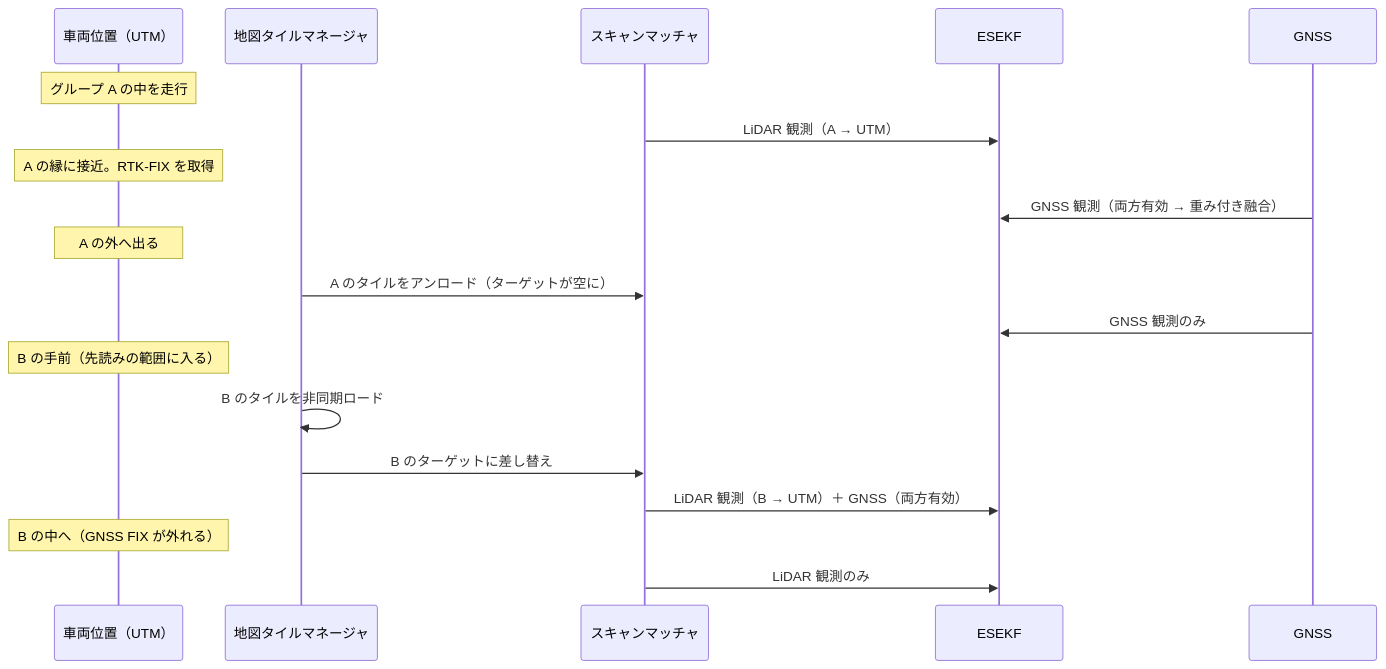
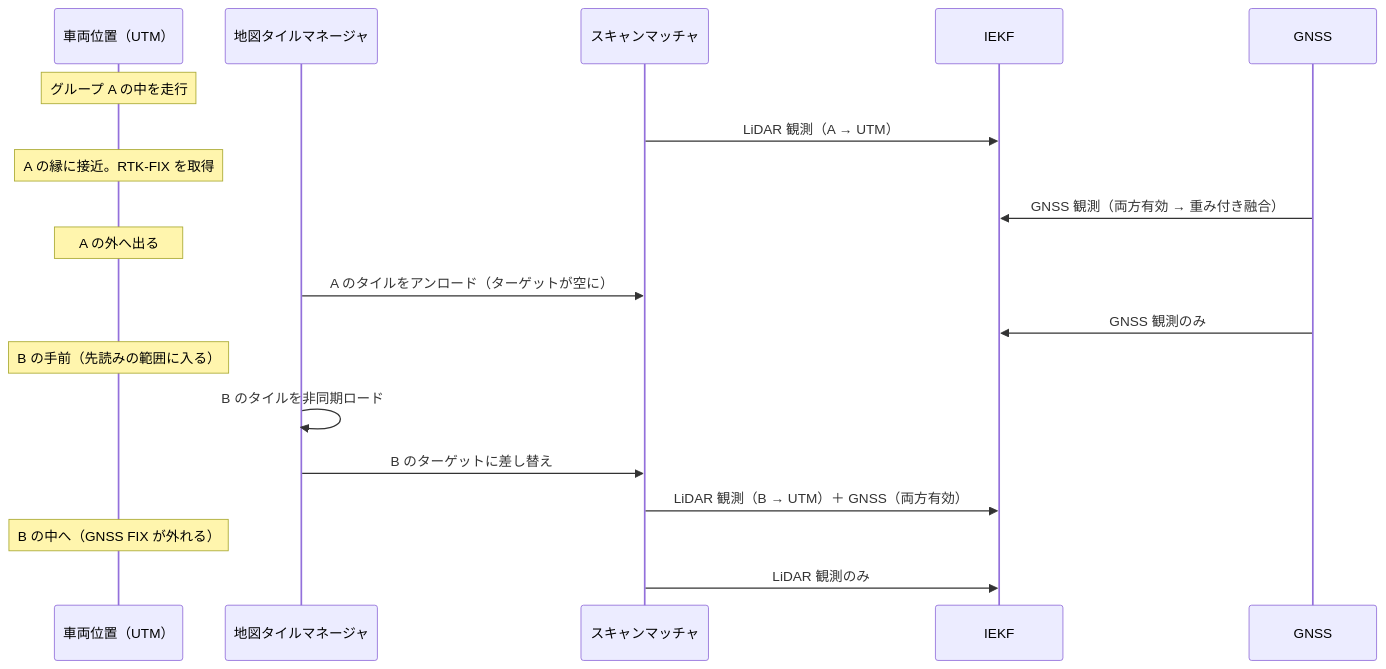
One commit to mamoru1126/gnss_and_lidar_localization changed the second of 3 diagrams in docs/design.md. Above: the diagram before and after it, drawn with Mermaid. The commit also changed other lines of this file, not shown here.

First line of the commit message:
docs: 設計書 v0.3（Invariant EKF 採用、ublox_gps/NavPVT、外部ツールによる地図統合）

````diff
--- a/docs/design.md
+++ b/docs/design.md
@@ -507,22 +529,22 @@
 ```mermaid
 sequenceDiagram
   participant V as 車両位置（UTM）
   participant MTM as 地図タイルマネージャ
   participant SM as スキャンマッチャ
-  participant EKF as ESEKF
+  participant EKF as IEKF
   participant G as GNSS
 
   Note over V: グループ A の中を走行
   SM->>EKF: LiDAR 観測（A → UTM）
   Note over V: A の縁に接近。RTK-FIX を取得
   G->>EKF: GNSS 観測（両方有効 → 重み付き融合）
   Note over V: A の外へ出る
   MTM->>SM: A のタイルをアンロード（ターゲットが空に）
   G->>EKF: GNSS 観測のみ
   Note over V: B の手前（先読みの範囲に入る）
   MTM->>MTM: B のタイルを非同期ロード
   MTM->>SM: B のターゲットに差し替え
   SM->>EKF: LiDAR 観測（B → UTM）＋ GNSS（両方有効）
   Note over V: B の中へ（GNSS FIX が外れる）
   SM->>EKF: LiDAR 観測のみ
 ```
````
